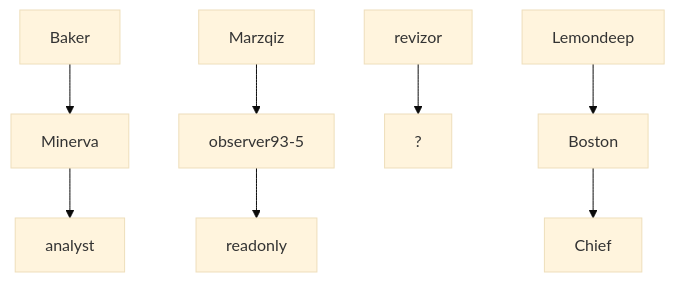
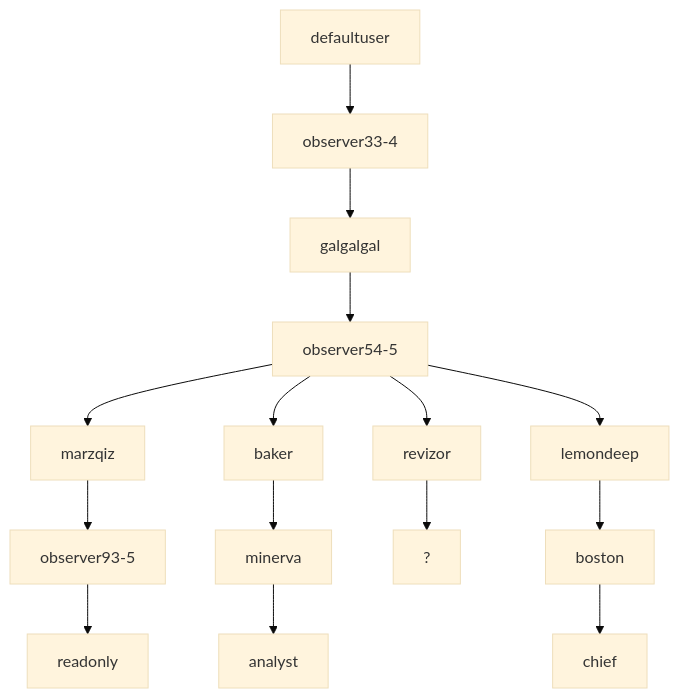
The diagram in README.md (Philsie/ARRS-documentation), drawn with Mermaid (base theme) before and after one commit. The commit also changed other lines of this file, not shown here.

````diff
--- a/README.md
+++ b/README.md
@@ -22,10 +20,17 @@
 ```mermaid
 graph TD;
-    Baker-->Minerva;
-    Minerva-->analyst;
-    Marzqiz-->observer93-5;
+    defaultuser-->observer33-4;
+    observer33-4-->galgalgal;
+    galgalgal-->observer54-5;
+    observer54-5-->revizor;
+    observer54-5-->marzqiz;
+    observer54-5-->baker;
+    observer54-5-->lemondeep;
+    baker-->minerva;
+    minerva-->analyst;
+    marzqiz-->observer93-5;
     observer93-5-->readonly;
     revizor-->?;
-    Lemondeep-->Boston;
-    Boston-->Chief;
+    lemondeep-->boston;
+    boston-->chief;
 ```
````
